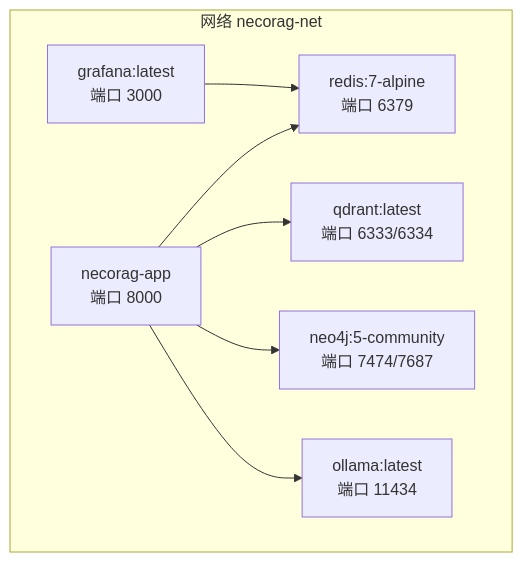
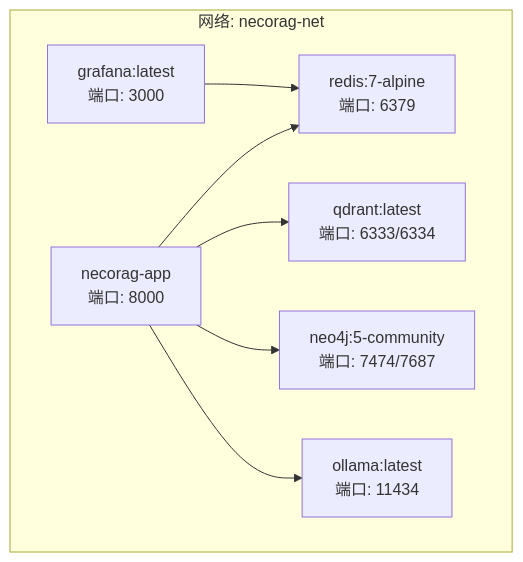
Before and after one commit to JieGaoPrinceton/NecoRAG: the second of 5 diagrams in .qoder/repowiki/zh/content/部署与运维/容器化部署.md, drawn with Mermaid. The commit also changed other lines of this file and 181 other files, not shown here.

````diff
--- a/.qoder/repowiki/zh/content/部署与运维/容器化部署.md
+++ b/.qoder/repowiki/zh/content/部署与运维/容器化部署.md
@@ -120,16 +120,16 @@
 ```mermaid
 graph TB
-subgraph "网络 necorag-net"
-APP["necorag-app<br/>端口 8000"]
-REDIS["redis:7-alpine<br/>端口 6379"]
-QDRNT["qdrant:latest<br/>端口 6333/6334"]
-NEO4J["neo4j:5-community<br/>端口 7474/7687"]
-OLL["ollama:latest<br/>端口 11434"]
-GRAF["grafana:latest<br/>端口 3000"]
+subgraph "网络: necorag-net"
+APP["necorag-app<br/>端口: 8000"]
+REDIS["redis:7-alpine<br/>端口: 6379"]
+QDRANT["qdrant:latest<br/>端口: 6333/6334"]
+NEO4J["neo4j:5-community<br/>端口: 7474/7687"]
+OLLAMA["ollama:latest<br/>端口: 11434"]
+GRAFANA["grafana:latest<br/>端口: 3000"]
 end
 APP --> REDIS
-APP --> QDRNT
+APP --> QDRANT
 APP --> NEO4J
-APP --> OLL
-GRAF --> REDIS
+APP --> OLLAMA
+GRAFANA --> REDIS
 ```
````
